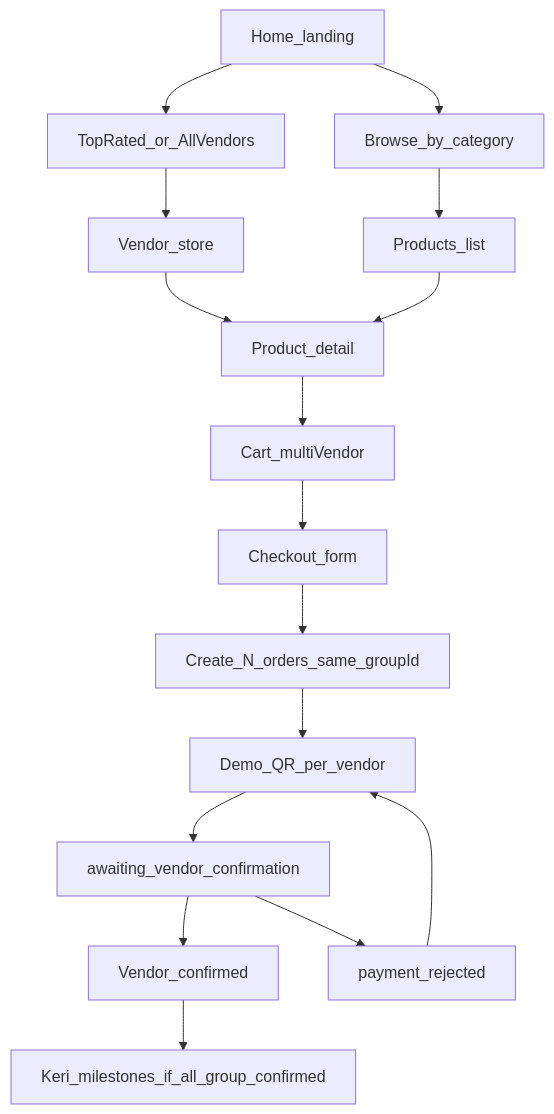
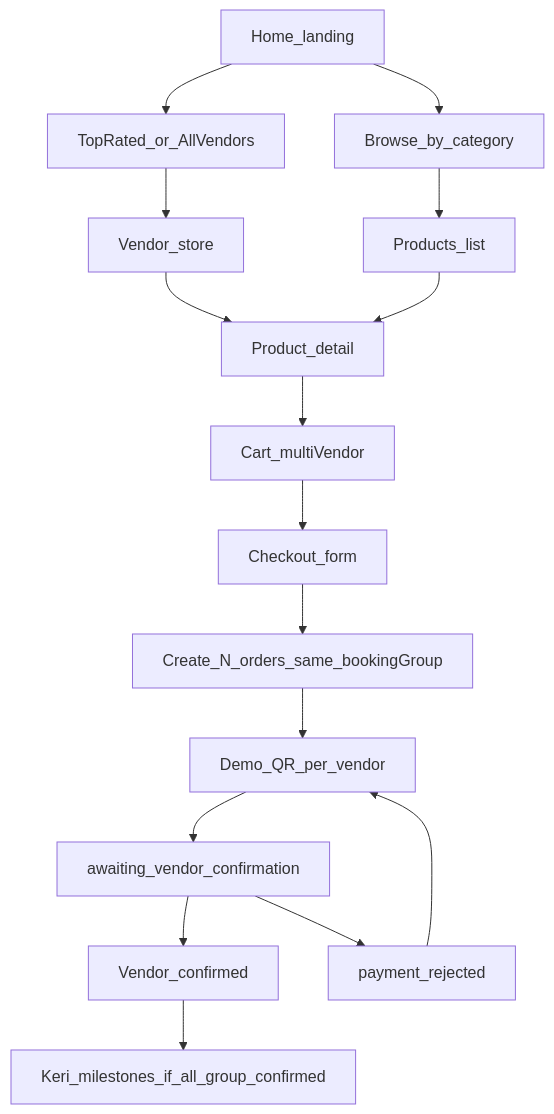
One commit to PhycxsV/paranaque-palengke changed the first of 4 diagrams in docs/MODULE_FLOW_BRIEF.md. Above: the diagram before and after it, drawn with Mermaid. The commit also changed other lines of this file and 82 other files, not shown here.

````diff
--- a/docs/MODULE_FLOW_BRIEF.md
+++ b/docs/MODULE_FLOW_BRIEF.md
@@ -69,18 +71,18 @@
 ```mermaid
 flowchart TD
   home[Home_landing] --> vendors[TopRated_or_AllVendors]
   home --> categories[Browse_by_category]
   vendors --> store[Vendor_store]
   categories --> products[Products_list]
   store --> product[Product_detail]
   products --> product
   product --> cart[Cart_multiVendor]
   cart --> checkout[Checkout_form]
-  checkout --> ordersCreated[Create_N_orders_same_groupId]
+  checkout --> ordersCreated[Create_N_orders_same_bookingGroup]
   ordersCreated --> pay[Demo_QR_per_vendor]
   pay --> awaiting[awaiting_vendor_confirmation]
   awaiting --> confirmed[Vendor_confirmed]
   confirmed --> milestones[Keri_milestones_if_all_group_confirmed]
   awaiting --> rejected[payment_rejected]
   rejected --> pay
 ```
````
